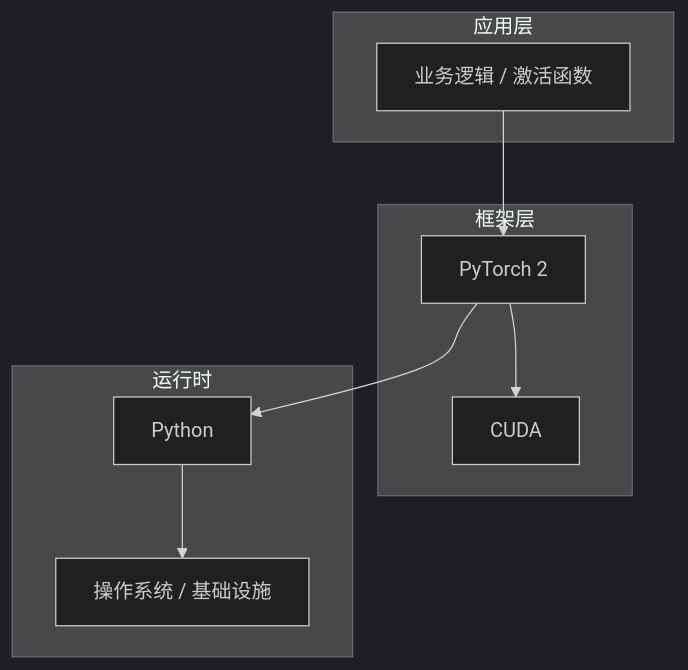
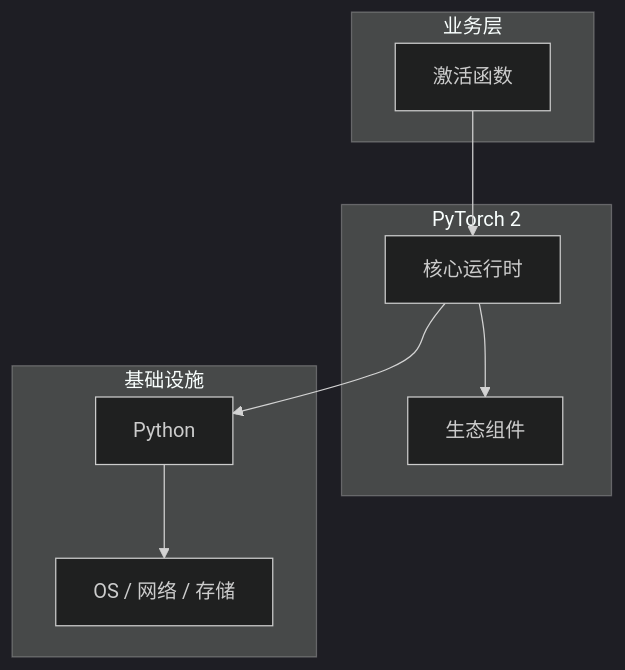
The diagram in articles/深度学习/chapters/019-激活函数核心概念与原理.md (yanggan2015/knowledge-json-v2), drawn with Mermaid (dark theme) before and after one commit. The commit also changed other lines of this file and 10127 other files, not shown here.

````diff
--- a/articles/深度学习/chapters/019-激活函数核心概念与原理.md
+++ b/articles/深度学习/chapters/019-激活函数核心概念与原理.md
@@ -45,18 +30,18 @@
 ```mermaid
 graph TB
-    subgraph 应用层
-        A[业务逻辑 / 激活函数]
+    subgraph 业务层
+        A[激活函数]
     end
-    subgraph 框架层
-        B[PyTorch 2]
-        C[CUDA]
+    subgraph PyTorch 2
+        B[核心运行时]
+        C[生态组件]
     end
-    subgraph 运行时
+    subgraph 基础设施
         D[Python]
-        E[操作系统 / 基础设施]
+        E[OS / 网络 / 存储]
     end
     A --> B
     B --> C
     B --> D
     D --> E
 ```
````
